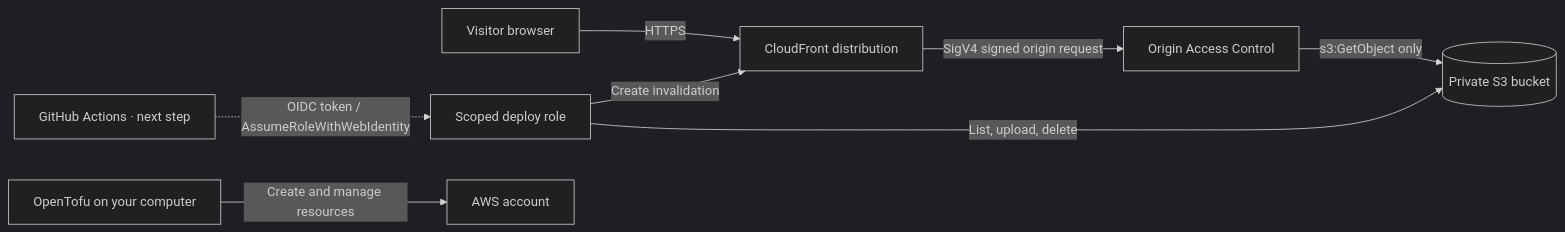
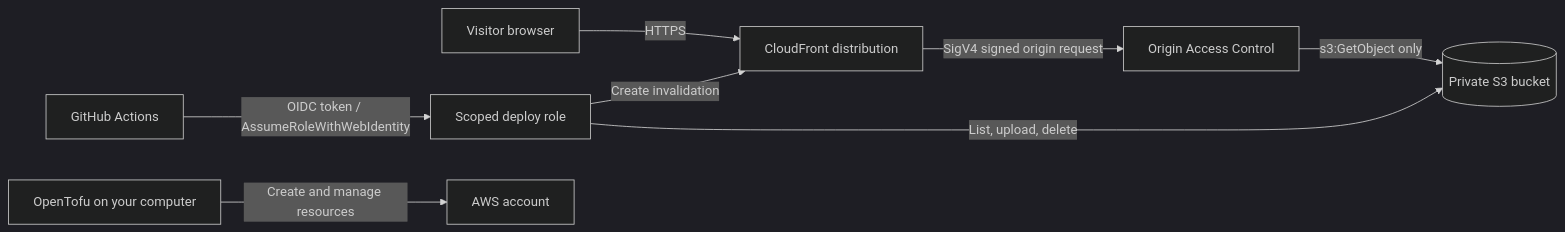
The diagram in README.md (ZJXDL/aws-static-portfolio), drawn with Mermaid (dark theme) before and after one commit. The commit also changed other lines of this file and 2 other files, not shown here.

Commit message:
Document active OIDC site deployment

````diff
--- a/README.md
+++ b/README.md
@@ -28,10 +28,10 @@
 ```mermaid
 flowchart LR
   V[Visitor browser] -->|HTTPS| CF[CloudFront distribution]
   CF -->|SigV4 signed origin request| OAC[Origin Access Control]
   OAC -->|s3:GetObject only| S3[(Private S3 bucket)]
-  GH[GitHub Actions · next step] -.->|OIDC token / AssumeRoleWithWebIdentity| IAM[Scoped deploy role]
+  GH[GitHub Actions] -->|OIDC token / AssumeRoleWithWebIdentity| IAM[Scoped deploy role]
   IAM -->|List, upload, delete| S3
   IAM -->|Create invalidation| CF
   TF[OpenTofu on your computer] -->|Create and manage resources| AWS[AWS account]
 ```
````
